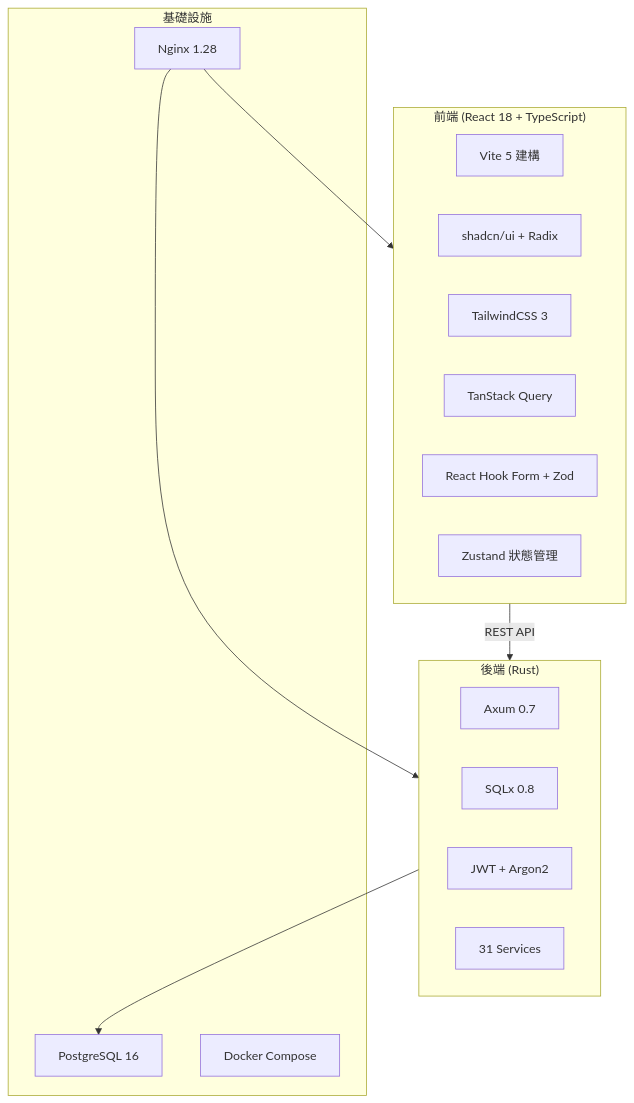
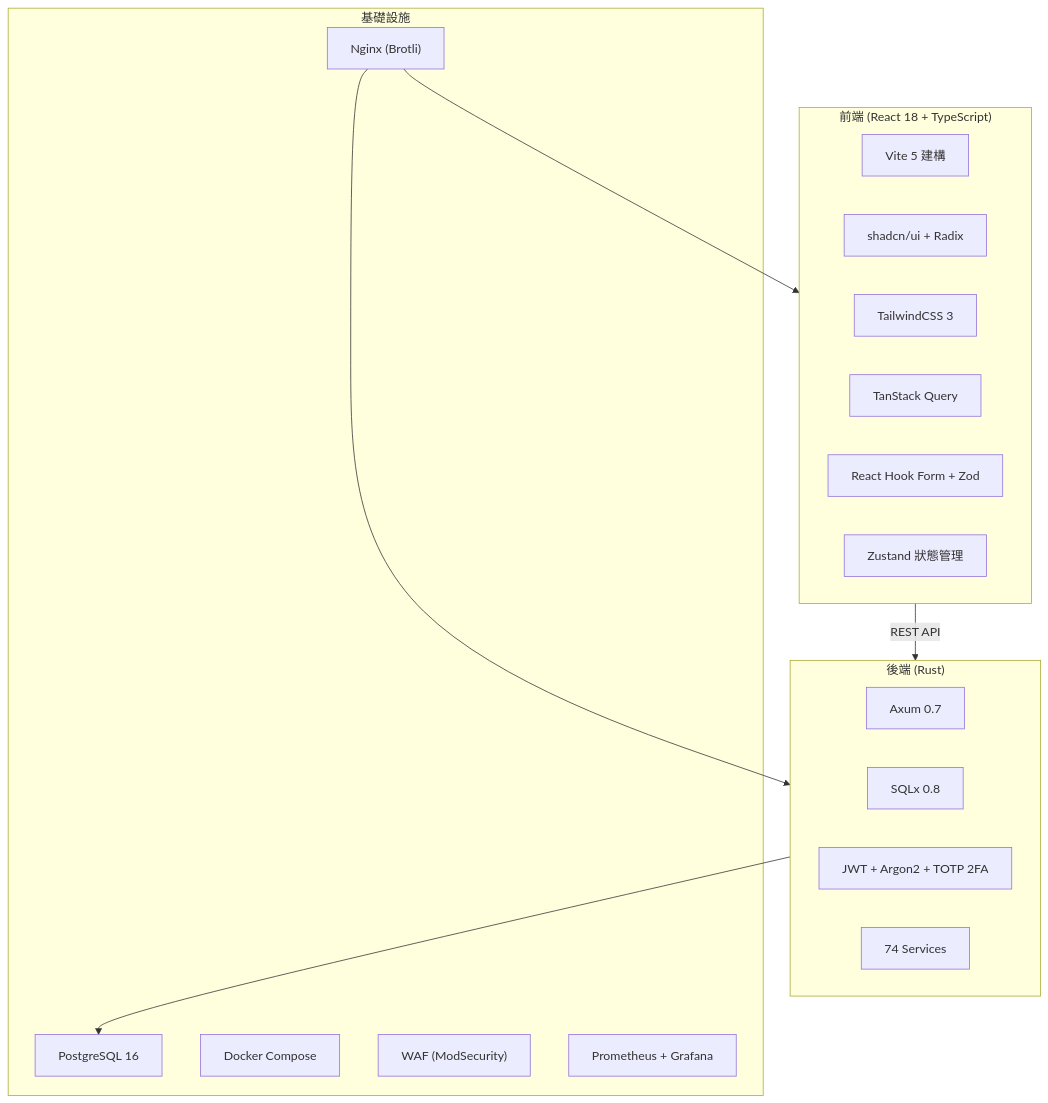
The diagram in docs/project/解構.md (delightening/ipig_system), drawn with Mermaid before and after one commit. The commit also changed other lines of this file and 25 other files, not shown here.

````diff
--- a/docs/project/解構.md
+++ b/docs/project/解構.md
@@ -25,26 +26,28 @@
 ```mermaid
 graph TB
     subgraph Frontend["前端 (React 18 + TypeScript)"]
         Vite["Vite 5 建構"]
         ShadcnUI["shadcn/ui + Radix"]
         TW["TailwindCSS 3"]
         RQ["TanStack Query"]
         RHF["React Hook Form + Zod"]
         Zustand["Zustand 狀態管理"]
     end
     subgraph Backend["後端 (Rust)"]
         Axum["Axum 0.7"]
         SQLx["SQLx 0.8"]
-        JWT["JWT + Argon2"]
-        Services["31 Services"]
+        JWT["JWT + Argon2 + TOTP 2FA"]
+        Services["74 Services"]
     end
     subgraph Infra["基礎設施"]
         PG["PostgreSQL 16"]
-        Nginx["Nginx 1.28"]
+        Nginx["Nginx (Brotli)"]
         Docker["Docker Compose"]
+        WAF["WAF (ModSecurity)"]
+        Monitor["Prometheus + Grafana"]
     end
     Frontend -->|REST API| Backend
     Backend --> PG
     Nginx --> Frontend
     Nginx --> Backend
 ```
````
